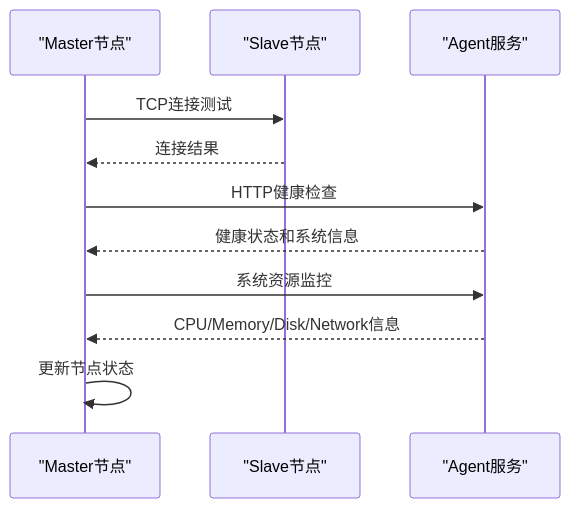
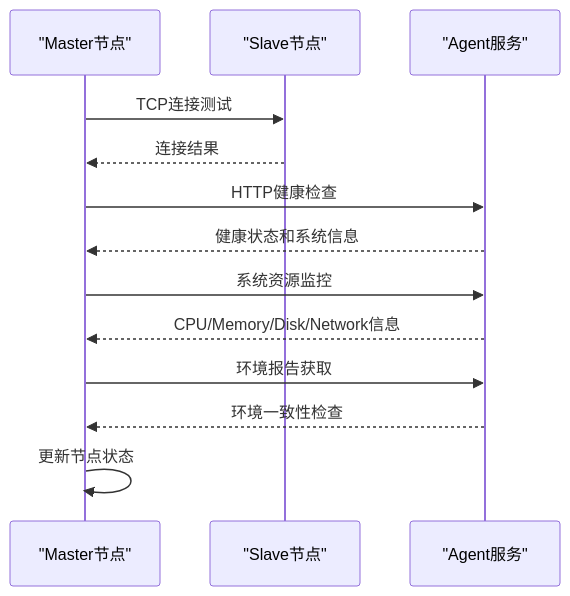
The ninth of 13 diagrams in .qoder/repowiki/zh/content/核心业务模块/JMeter Agent系统.md (Liyuhao02/Jmeter-Admin), drawn with Mermaid before and after one commit. The commit also changed other lines of this file and 7 other files, not shown here.

````diff
--- a/.qoder/repowiki/zh/content/核心业务模块/JMeter Agent系统.md
+++ b/.qoder/repowiki/zh/content/核心业务模块/JMeter Agent系统.md
@@ -435,13 +469,15 @@
 ```mermaid
 sequenceDiagram
 participant Master as "Master节点"
 participant Slave as "Slave节点"
 participant Agent as "Agent服务"
 Master->>Slave : TCP连接测试
 Slave-->>Master : 连接结果
 Master->>Agent : HTTP健康检查
 Agent-->>Master : 健康状态和系统信息
 Master->>Agent : 系统资源监控
 Agent-->>Master : CPU/Memory/Disk/Network信息
+Master->>Agent : 环境报告获取
+Agent-->>Master : 环境一致性检查
 Master->>Master : 更新节点状态
 ```
````
